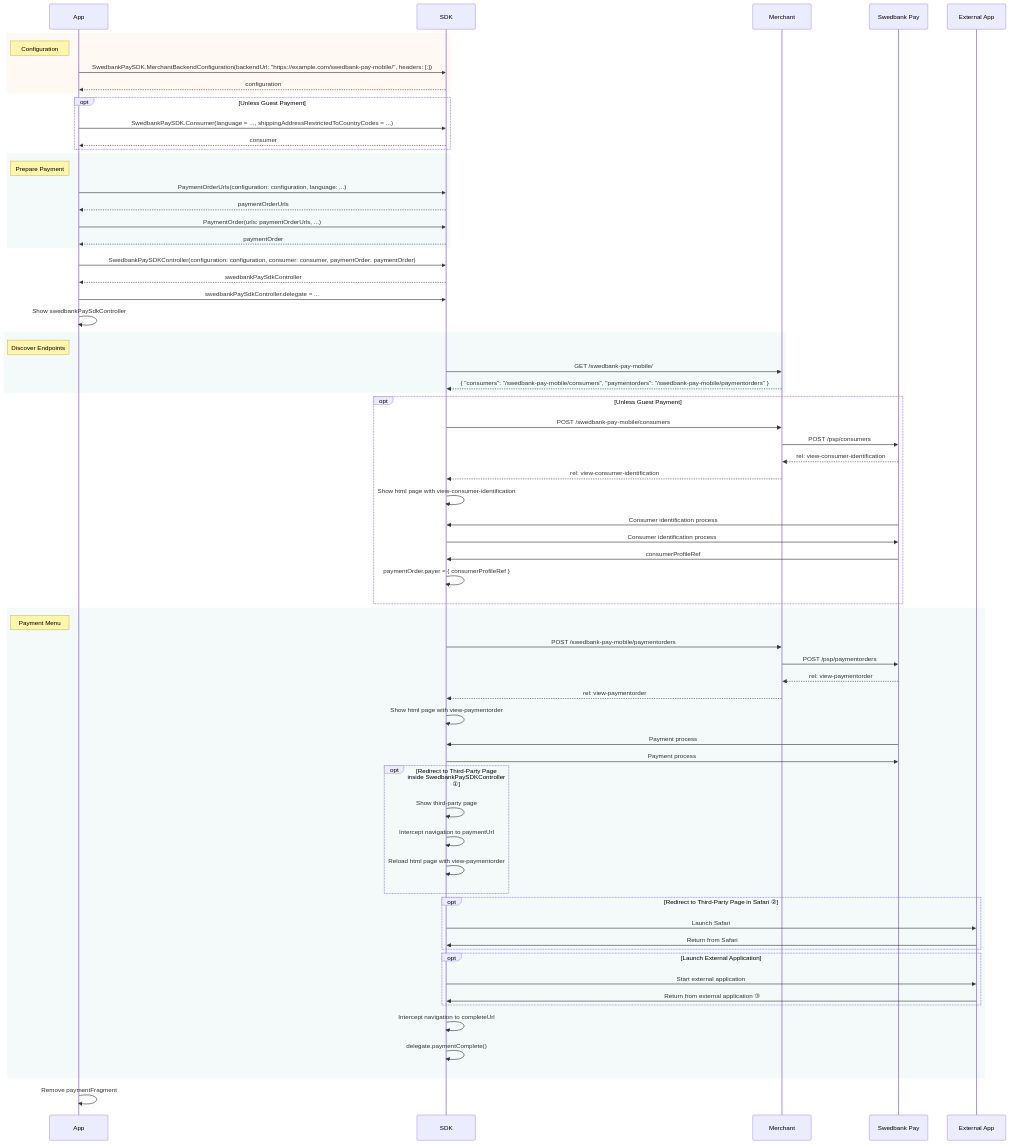
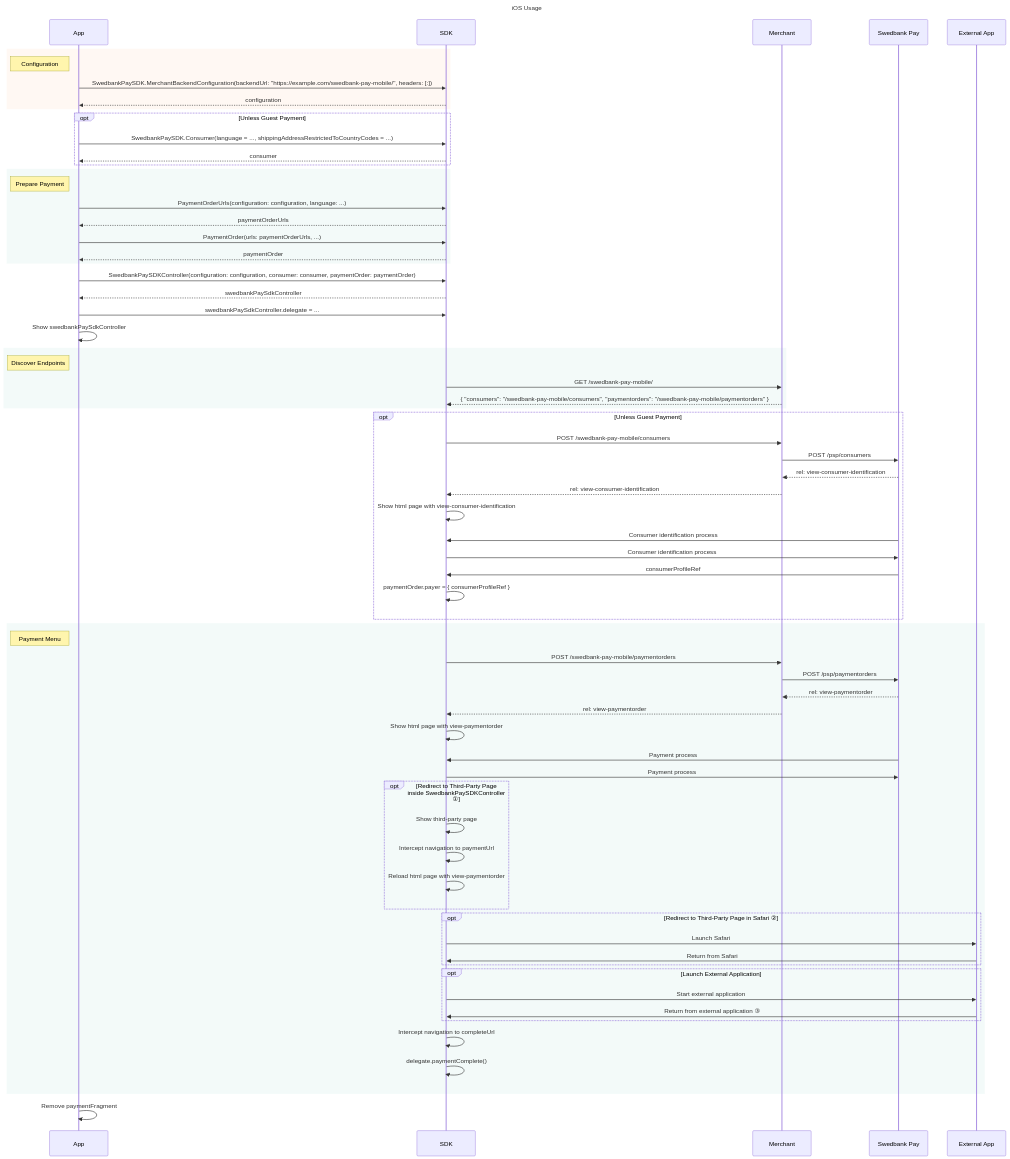
One commit to SwedbankPay/developer.swedbankpay.com changed the first of 6 diagrams in checkout-v3/modules-sdks/mobile-sdk/ios.md. Above: the diagram before and after it, drawn with Mermaid. The commit also changed other lines of this file and 66 other files, not shown here.

Commit message:
Added titles in sequence diagrams

````diff
--- a/checkout-v3/modules-sdks/mobile-sdk/ios.md
+++ b/checkout-v3/modules-sdks/mobile-sdk/ios.md
@@ -82,78 +82,79 @@
 ```mermaid
 sequenceDiagram
+title: iOS Usage
     participant App
     participant SDK
     participant Merchant
     participant SwedbankPay as Swedbank Pay
     participant Ext as External App
 
     rect rgba(238, 112, 35, 0.05)
         note left of App: Configuration
         App ->> SDK: SwedbankPaySDK.MerchantBackendConfiguration(backendUrl: "https://example.com/swedbank-pay-mobile/", headers: [:])
         SDK -->> App: configuration
     end
 
     opt Unless Guest Payment
         App ->> SDK: SwedbankPaySDK.Consumer(language = ..., shippingAddressRestrictedToCountryCodes = ...)
         SDK -->> App: consumer
     end
 
     rect rgba(138, 205, 195, 0.1)
         note left of App: Prepare Payment
         App ->> SDK: PaymentOrderUrls(configuration: configuration, language: ...)
         SDK -->> App: paymentOrderUrls
         App ->> SDK: PaymentOrder(urls: paymentOrderUrls, ...)
         SDK -->> App: paymentOrder
     end
 
     App ->> SDK: SwedbankPaySDKController(configuration: configuration, consumer: consumer, paymentOrder: paymentOrder)
     SDK -->> App: swedbankPaySdkController
     App ->> SDK: swedbankPaySdkController.delegate = ...
     App ->> App: Show swedbankPaySdkController
 
     rect rgba(138, 205, 195, 0.1)
         note left of App: Discover Endpoints
         SDK ->> Merchant: GET /swedbank-pay-mobile/
         Merchant -->> SDK: { "consumers": "/swedbank-pay-mobile/consumers", "paymentorders": "/swedbank-pay-mobile/paymentorders" }
     end
 
     opt Unless Guest Payment
         SDK ->> Merchant: POST /swedbank-pay-mobile/consumers
         Merchant ->> SwedbankPay: POST /psp/consumers
         SwedbankPay -->> Merchant: rel: view-consumer-identification
         Merchant -->> SDK: rel: view-consumer-identification
         SDK ->> SDK: Show html page with view-consumer-identification
         SwedbankPay ->> SDK: Consumer identification process
         SDK ->> SwedbankPay: Consumer identification process
         SwedbankPay ->> SDK: consumerProfileRef
         SDK ->> SDK: paymentOrder.payer = { consumerProfileRef }
     end
 
     rect rgba(138, 205, 195, 0.1)
         note left of App: Payment Menu
         SDK ->> Merchant: POST /swedbank-pay-mobile/paymentorders
         Merchant ->> SwedbankPay: POST /psp/paymentorders
         SwedbankPay -->> Merchant: rel: view-paymentorder
         Merchant -->> SDK: rel: view-paymentorder
         SDK ->> SDK: Show html page with view-paymentorder
         SwedbankPay ->> SDK: Payment process
         SDK ->> SwedbankPay: Payment process
         opt Redirect to Third-Party Page inside SwedbankPaySDKController ①
             SDK ->> SDK: Show third-party page
             SDK ->> SDK: Intercept navigation to paymentUrl
             SDK ->> SDK: Reload html page with view-paymentorder
         end
         opt Redirect to Third-Party Page in Safari ②
             SDK ->> Ext: Launch Safari
             Ext ->> SDK: Return from Safari
         end
         opt Launch External Application
             SDK ->> Ext: Start external application
             Ext ->> SDK: Return from external application ③
         end
         SDK ->> SDK: Intercept navigation to completeUrl
         SDK ->> SDK: delegate.paymentComplete()
     end
 
     App ->> App: Remove paymentFragment
 ```
````
